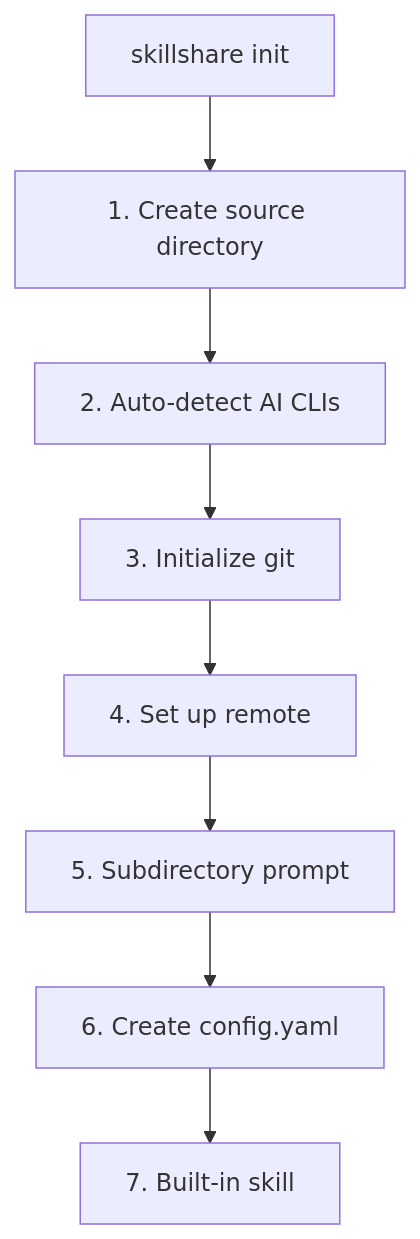
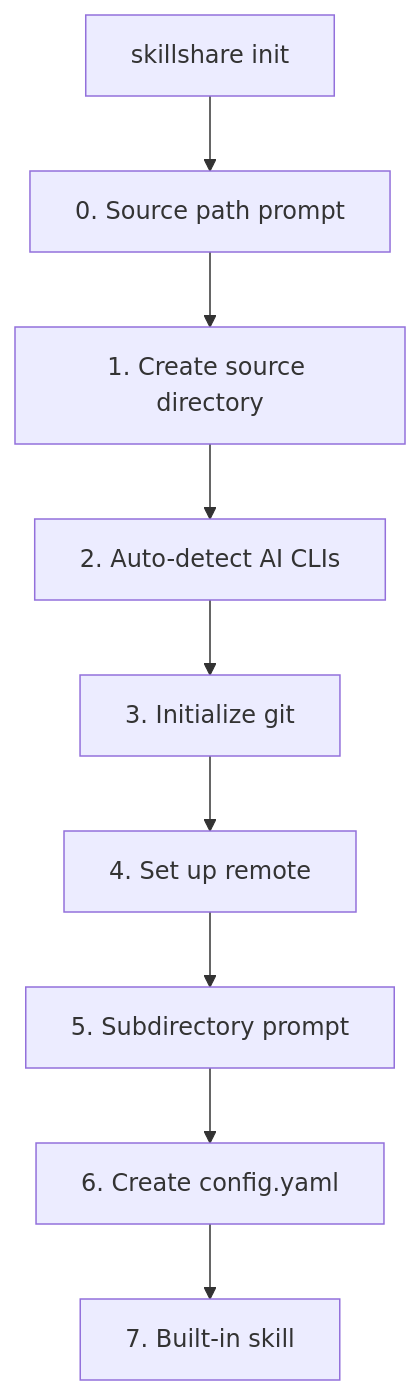
The first of 2 diagrams in website/docs/reference/commands/init.md (runkids/skillshare), drawn with Mermaid before and after one commit. The commit also changed other lines of this file and 6 other files, not shown here.

First line of the commit message:
feat(init): add interactive source path prompt during init -g

````diff
--- a/website/docs/reference/commands/init.md
+++ b/website/docs/reference/commands/init.md
@@ -23,12 +23,13 @@
 ```mermaid
 flowchart TD
     TITLE["skillshare init"]
+    S0["0. Source path prompt"]
     S1["1. Create source directory"]
     S2["2. Auto-detect AI CLIs"]
     S3["3. Initialize git"]
     S4["4. Set up remote"]
     S4b["5. Subdirectory prompt"]
     S5["6. Create config.yaml"]
     S6["7. Built-in skill"]
-    TITLE --> S1 --> S2 --> S3 --> S4 --> S4b --> S5 --> S6
+    TITLE --> S0 --> S1 --> S2 --> S3 --> S4 --> S4b --> S5 --> S6
 ```
````
